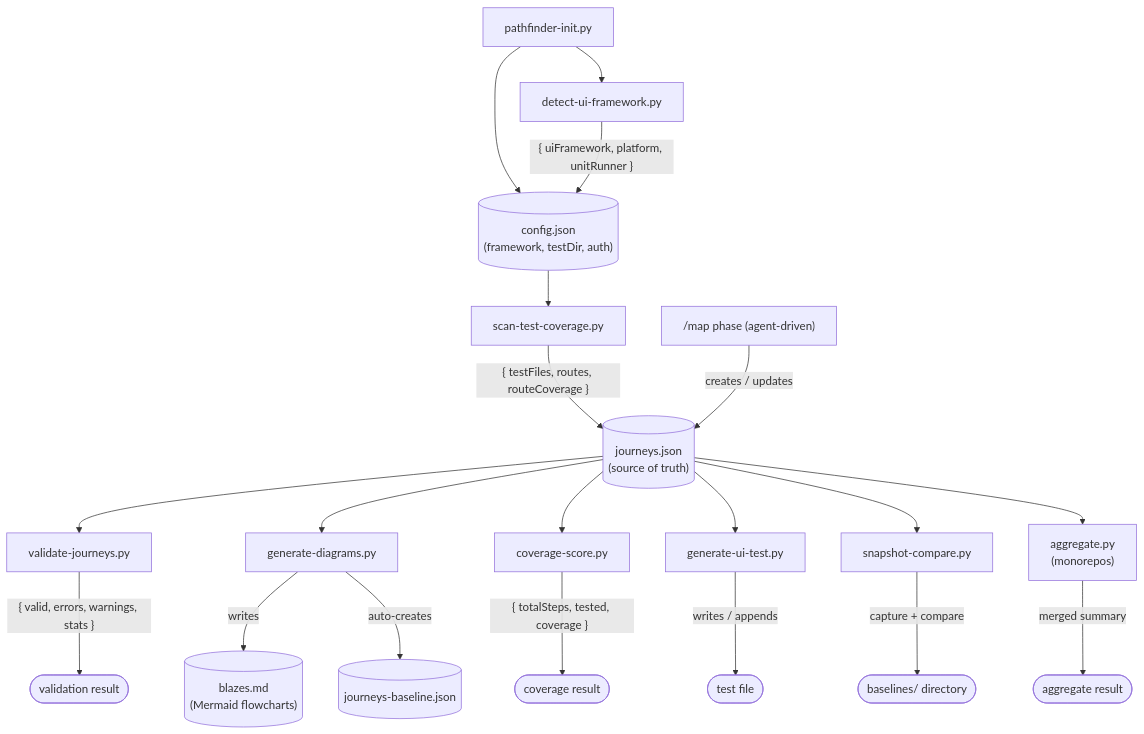
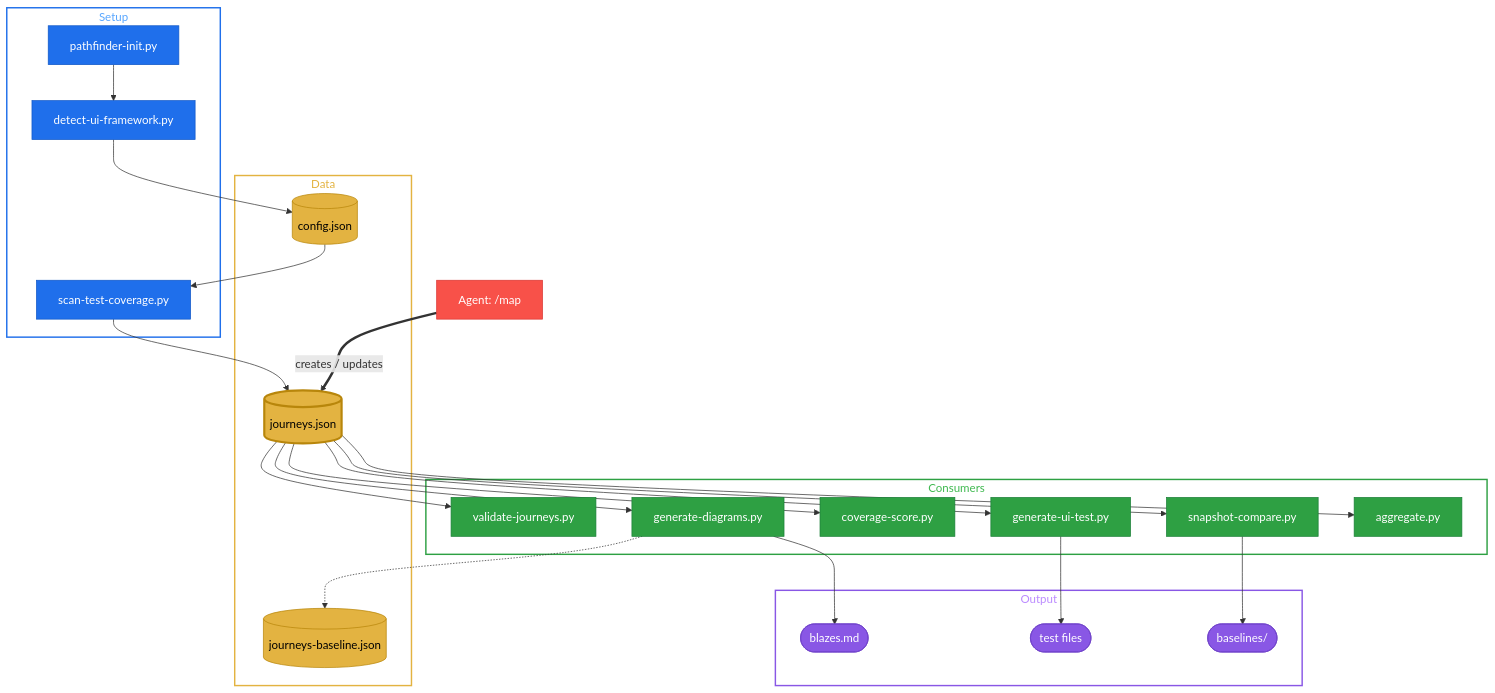
One commit to srpadrono/Pathfinder changed the diagram in docs/ARCHITECTURE.md. Above: the diagram before and after it, drawn with Mermaid. The commit also changed 1 other file, not shown here.

Commit message:
docs: add color coding and subgraph organization to Mermaid diagrams
README workflow diagram:
- Color-coded phases: blue (map), gold (blaze), green (scout), purple (summit)
- Bold labels, thick arrows for main flow, dashed for journeys.json links
- Dark data node for journeys.json to stand out as source of truth

ARCHITECTURE data flow diagram:
- Organized into 4 labeled subgroups: Setup, Data, Consumers, Output
- Color scheme: blue (setup scripts), gold (data files), green (consumers), purple (outputs)
- journeys.json highlighted with thick border as the central node
- Agent /map entry point in red to distinguish agent-driven from script-driven

````diff
--- a/docs/ARCHITECTURE.md
+++ b/docs/ARCHITECTURE.md
@@ -5,22 +5,71 @@
 ```mermaid
 flowchart TD
-    INIT["pathfinder-init.py"] --> CONFIG[("config.json\n(framework, testDir, auth)")]
-    INIT --> DETECT["detect-ui-framework.py"]
-    DETECT -->|"{ uiFramework, platform, unitRunner }"| CONFIG
-    CONFIG --> SCAN["scan-test-coverage.py"]
-    SCAN -->|"{ testFiles, routes, routeCoverage }"| JOURNEYS[("journeys.json\n(source of truth)")]
-    MAP["/map phase (agent-driven)"] -->|"creates / updates"| JOURNEYS
-    JOURNEYS --> VALIDATE["validate-journeys.py"]
-    VALIDATE -->|"{ valid, errors, warnings, stats }"| OUT1([validation result])
-    JOURNEYS --> DIAGRAMS["generate-diagrams.py"]
-    DIAGRAMS -->|"writes"| BLAZES[("blazes.md\n(Mermaid flowcharts)")]
-    DIAGRAMS -->|"auto-creates"| BASELINE[("journeys-baseline.json")]
-    JOURNEYS --> SCORE["coverage-score.py"]
-    SCORE -->|"{ totalSteps, tested, coverage }"| OUT2([coverage result])
-    JOURNEYS --> GENTEST["generate-ui-test.py"]
-    GENTEST -->|"writes / appends"| TESTFILE([test file])
-    JOURNEYS --> SNAP["snapshot-compare.py"]
-    SNAP -->|"capture + compare"| BASELINES([baselines/ directory])
-    JOURNEYS --> AGG["aggregate.py\n(monorepos)"]
-    AGG -->|"merged summary"| OUT3([aggregate result])
+    subgraph SETUP["Setup"]
+        INIT["pathfinder-init.py"]
+        DETECT["detect-ui-framework.py"]
+        SCAN["scan-test-coverage.py"]
+    end
+
+    subgraph DATA["Data"]
+        CONFIG[("config.json")]
+        JOURNEYS[("journeys.json")]
+        BASELINE[("journeys-baseline.json")]
+    end
+
+    subgraph CONSUME["Consumers"]
+        VALIDATE["validate-journeys.py"]
+        DIAGRAMS["generate-diagrams.py"]
+        SCORE["coverage-score.py"]
+        GENTEST["generate-ui-test.py"]
+        SNAP["snapshot-compare.py"]
+        AGG["aggregate.py"]
+    end
+
+    subgraph OUTPUT["Output"]
+        BLAZES(["blazes.md"])
+        TESTFILE(["test files"])
+        BASELINES(["baselines/"])
+    end
+
+    INIT --> DETECT --> CONFIG
+    CONFIG --> SCAN --> JOURNEYS
+
+    MAP["Agent: /map"] ==>|"creates / updates"| JOURNEYS
+
+    JOURNEYS --> VALIDATE
+    JOURNEYS --> DIAGRAMS
+    JOURNEYS --> SCORE
+    JOURNEYS --> GENTEST
+    JOURNEYS --> SNAP
+    JOURNEYS --> AGG
+
+    DIAGRAMS --> BLAZES
+    DIAGRAMS -.-> BASELINE
+    GENTEST --> TESTFILE
+    SNAP --> BASELINES
+
+    style SETUP fill:none,stroke:#1f6feb,stroke-width:2px,color:#58a6ff
+    style DATA fill:none,stroke:#e3b341,stroke-width:2px,color:#e3b341
+    style CONSUME fill:none,stroke:#2ea043,stroke-width:2px,color:#3fb950
+    style OUTPUT fill:none,stroke:#8957e5,stroke-width:2px,color:#bc8cff
+
+    style INIT fill:#1f6feb,stroke:#1158c7,color:#fff
+    style DETECT fill:#1f6feb,stroke:#1158c7,color:#fff
+    style SCAN fill:#1f6feb,stroke:#1158c7,color:#fff
+    style MAP fill:#f85149,stroke:#da3633,color:#fff
+
+    style CONFIG fill:#e3b341,stroke:#b8860b,color:#000
+    style JOURNEYS fill:#e3b341,stroke:#b8860b,color:#000,stroke-width:3px
+    style BASELINE fill:#e3b341,stroke:#b8860b,color:#000
+
+    style VALIDATE fill:#2ea043,stroke:#1a7f37,color:#fff
+    style DIAGRAMS fill:#2ea043,stroke:#1a7f37,color:#fff
+    style SCORE fill:#2ea043,stroke:#1a7f37,color:#fff
+    style GENTEST fill:#2ea043,stroke:#1a7f37,color:#fff
+    style SNAP fill:#2ea043,stroke:#1a7f37,color:#fff
+    style AGG fill:#2ea043,stroke:#1a7f37,color:#fff
+
+    style BLAZES fill:#8957e5,stroke:#6e40c9,color:#fff
+    style TESTFILE fill:#8957e5,stroke:#6e40c9,color:#fff
+    style BASELINES fill:#8957e5,stroke:#6e40c9,color:#fff
 ```
````
